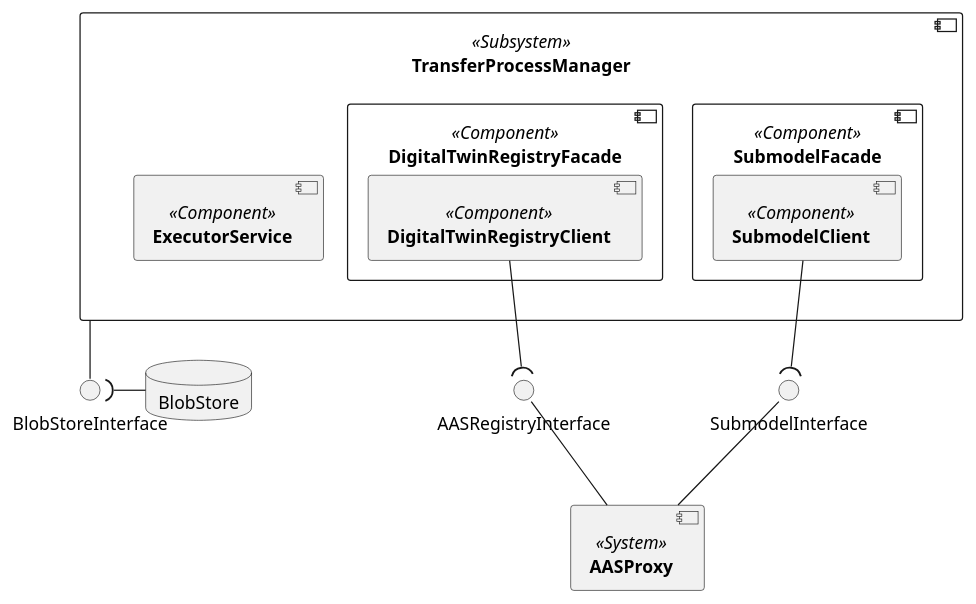
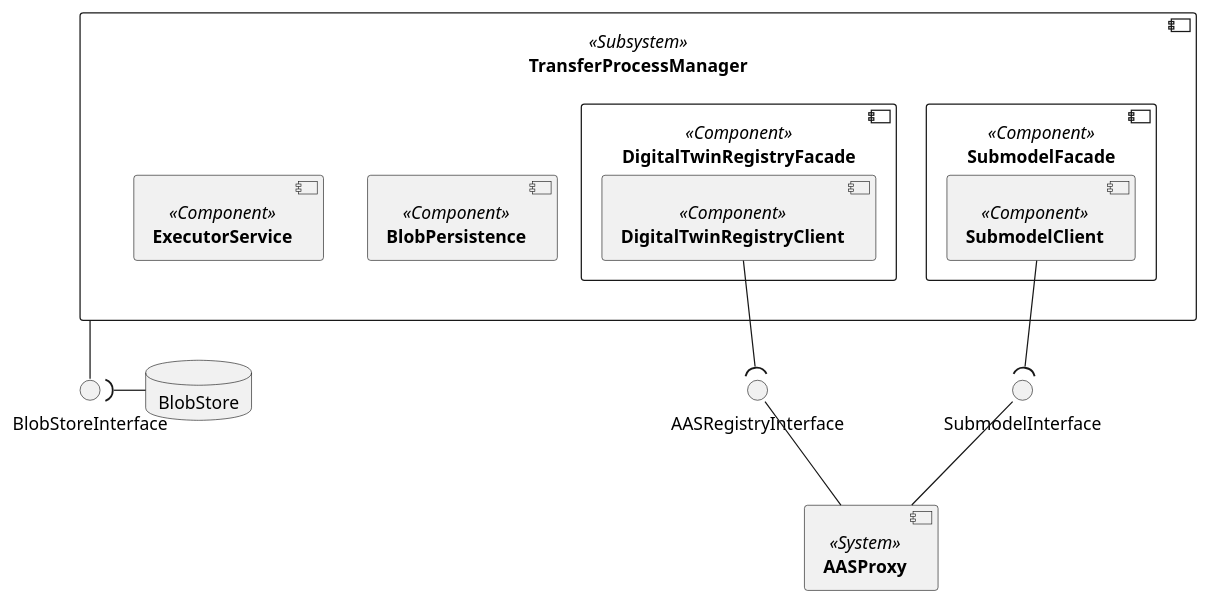
Before and after one commit to catenax-ng/product-item-relationship-service: the diagram in uml-diagramms/irs-component-diagram-Level2-TransferProcessManager.puml, drawn with PlantUML. The commit also changed 4 other files, not shown here.

```diff
--- a/uml-diagramms/irs-component-diagram-Level2-TransferProcessManager.puml
+++ b/uml-diagramms/irs-component-diagram-Level2-TransferProcessManager.puml
@@ -1,29 +1,29 @@
 @startuml
 skinparam monochrome true
 skinparam shadowing false
 
 interface BlobStoreInterface
 component [**TransferProcessManager**] <<Subsystem>> as TransferProcessManager {
     component [**DigitalTwinRegistryFacade**] <<Component>> as DTRFacade {
         component [**DigitalTwinRegistryClient**] <<Component>> as DTRClient
     }
-
+    component [**BlobPersistence**] <<Component>> as BlobPersistence
     component [**SubmodelFacade**] <<Component>> as SubmodelFacade {
         component [**SubmodelClient**] <<Component>> as SubmodelClient
     }
     component [**ExecutorService**] <<Component>> as ExecutorService
 }
 
 component [**AASProxy**] <<System>> as AASProxy
 interface AASRegistryInterface
 interface SubmodelInterface
 AASRegistryInterface -- AASProxy
 SubmodelInterface -- AASProxy
 DTRClient --( AASRegistryInterface
 SubmodelClient --( SubmodelInterface
 
 database BlobStore
 TransferProcessManager -- BlobStoreInterface
 'BlobStoreInterface - TransferProcessManager
 BlobStoreInterface )- BlobStore
 @enduml
```
